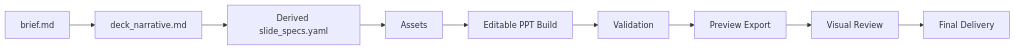
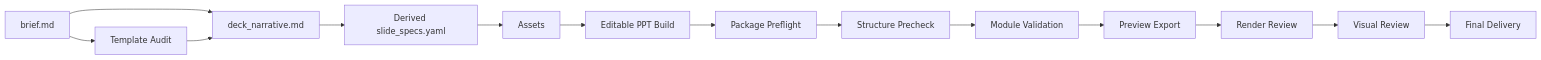
Before and after one commit to founderqiang/presentation-skills: the diagram in ppt-polished-deck-collab/references/deck_workflow.md, drawn with Mermaid. The commit also changed other lines of this file and 14 other files, not shown here.

````diff
--- a/ppt-polished-deck-collab/references/deck_workflow.md
+++ b/ppt-polished-deck-collab/references/deck_workflow.md
@@ -24,11 +24,16 @@
 ```mermaid
 flowchart LR
   A[brief.md] --> B[deck_narrative.md]
+  A --> T[Template Audit]
+  T --> B
   B --> C[Derived slide_specs.yaml]
   C --> D[Assets]
   D --> E[Editable PPT Build]
-  E --> F[Validation]
-  F --> G[Preview Export]
-  G --> H[Visual Review]
-  H --> I[Final Delivery]
+  E --> F[Package Preflight]
+  F --> G[Structure Precheck]
+  G --> H[Module Validation]
+  H --> I[Preview Export]
+  I --> J[Render Review]
+  J --> K[Visual Review]
+  K --> L[Final Delivery]
 ```
````
